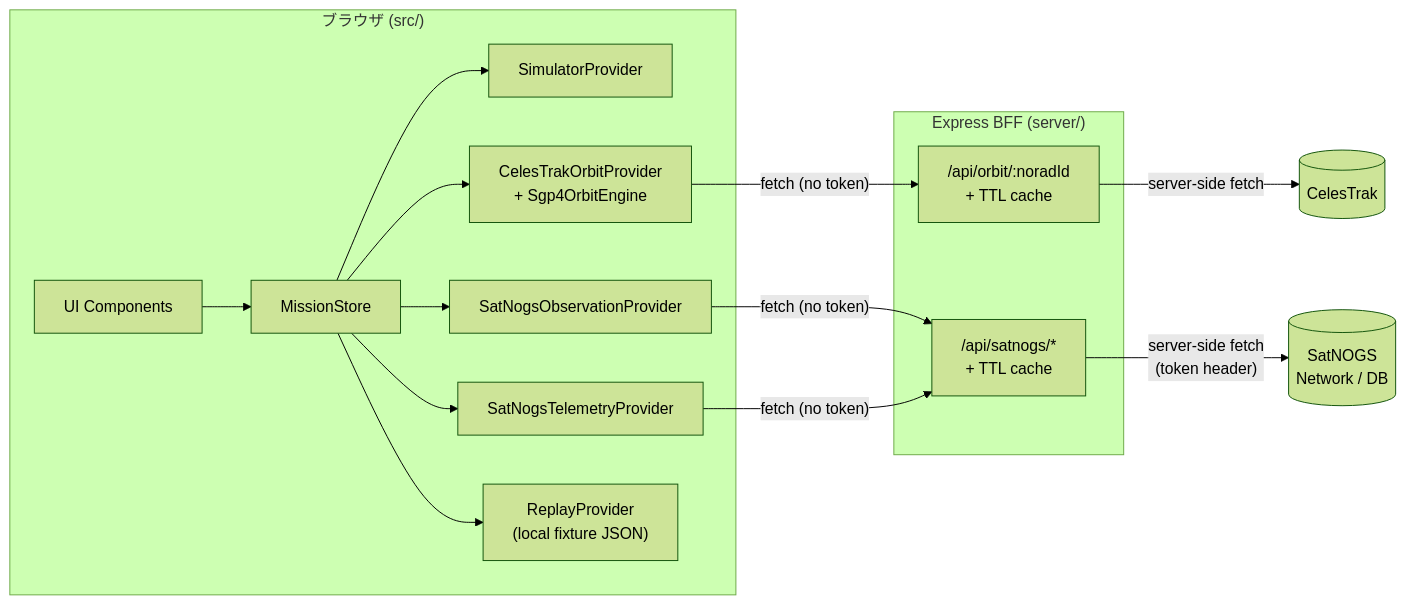
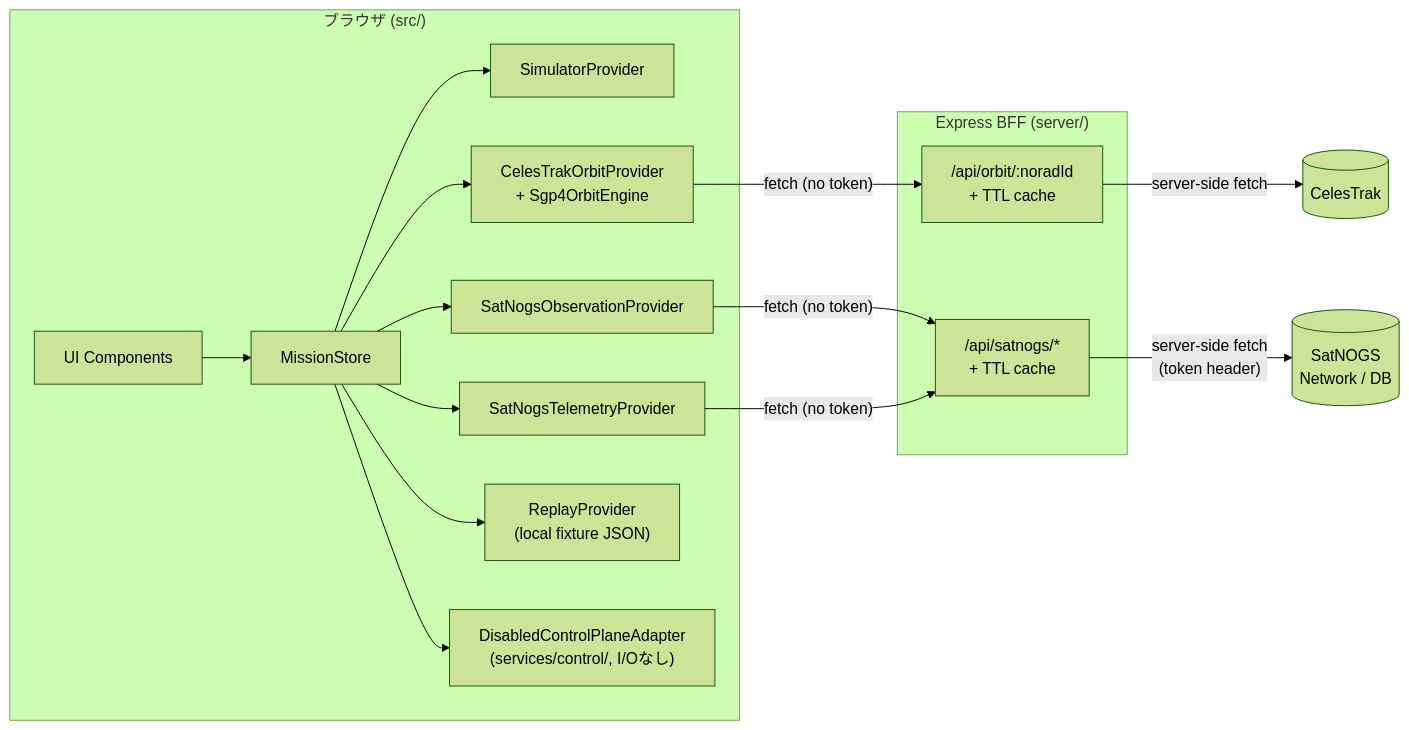
The diagram in README.md (masahirosakae/satellite-control-dashboard), drawn with Mermaid (forest theme) before and after one commit. The commit also changed other lines of this file and 5 other files, not shown here.

````diff
--- a/README.md
+++ b/README.md
@@ -100,20 +105,21 @@
 ```mermaid
 flowchart LR
   subgraph Browser["ブラウザ (src/)"]
     UI["UI Components"] --> Store["MissionStore"]
     Store --> SimP["SimulatorProvider"]
     Store --> OrbP["CelesTrakOrbitProvider\n+ Sgp4OrbitEngine"]
     Store --> ObsP["SatNogsObservationProvider"]
     Store --> TlmP["SatNogsTelemetryProvider"]
     Store --> RepP["ReplayProvider\n(local fixture JSON)"]
+    Store --> CtrlP["DisabledControlPlaneAdapter\n(services/control/, I/Oなし)"]
   end
   subgraph BFF["Express BFF (server/)"]
     OrbitRoute["/api/orbit/:noradId\n+ TTL cache"]
     SatnogsRoute["/api/satnogs/*\n+ TTL cache"]
   end
   OrbP -->|"fetch (no token)"| OrbitRoute
   ObsP -->|"fetch (no token)"| SatnogsRoute
   TlmP -->|"fetch (no token)"| SatnogsRoute
   OrbitRoute -->|"server-side fetch"| CelesTrak[("CelesTrak")]
   SatnogsRoute -->|"server-side fetch\n(token header)"| SatNOGS[("SatNOGS\nNetwork / DB")]
 ```
````
